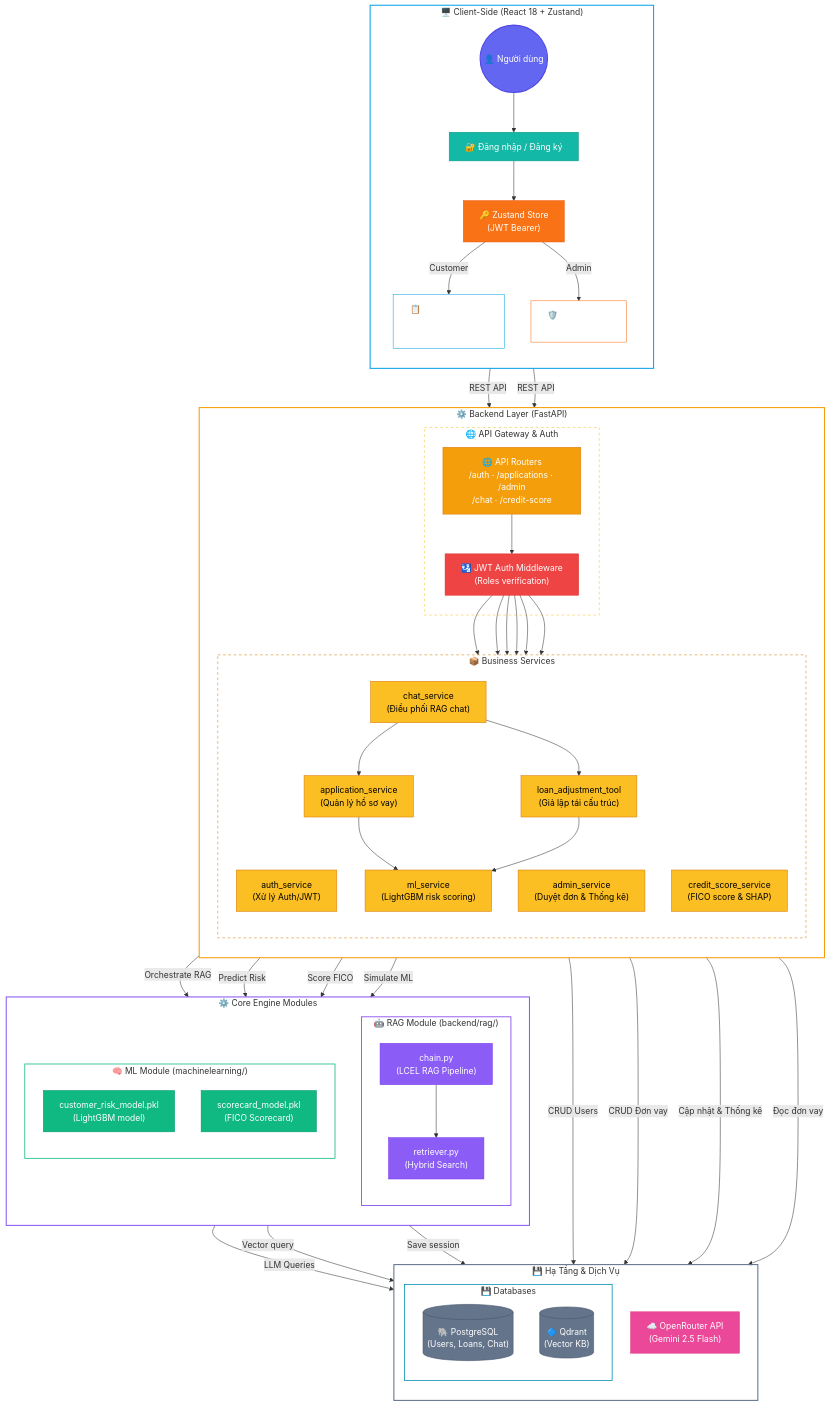
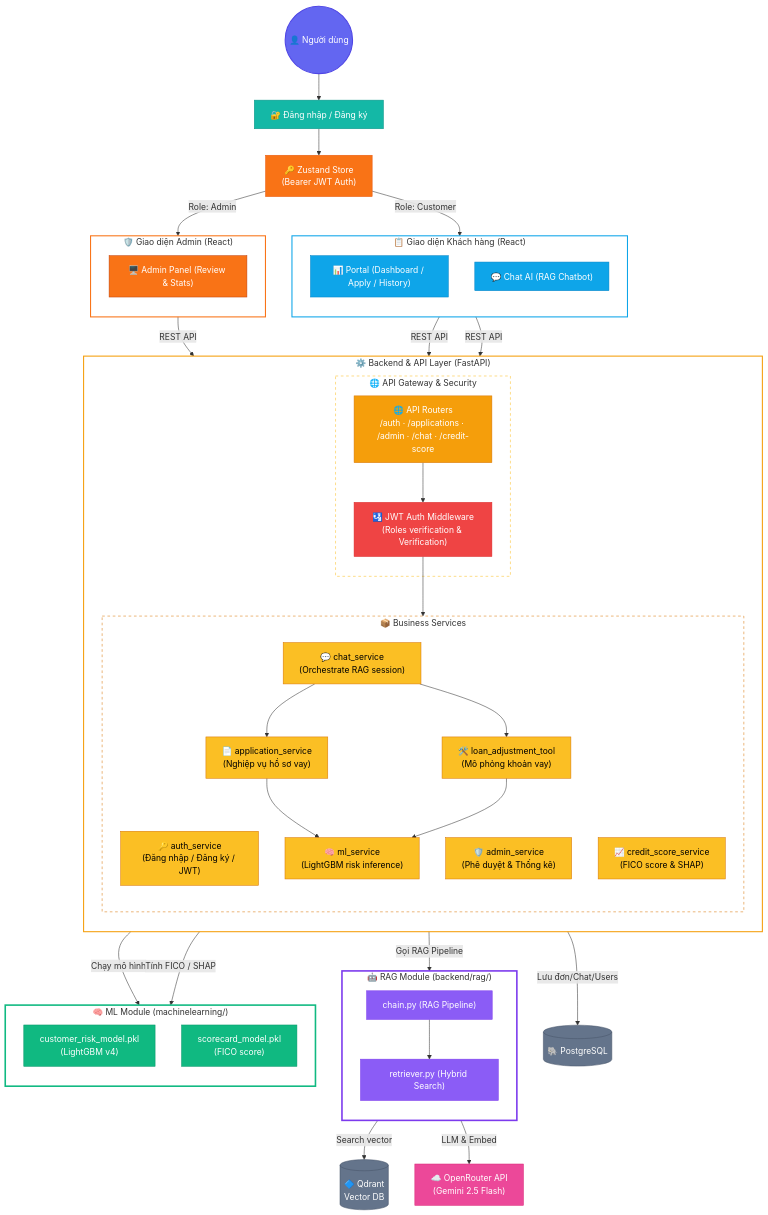
Before and after one commit to VTD0102/Loan_ETL: the first of 3 diagrams in README.md, drawn with Mermaid. The commit also changed other lines of this file and 3 other files, not shown here.

````diff
--- a/README.md
+++ b/README.md
@@ -10,92 +10,76 @@
 ```mermaid
-flowchart TB
-    %% ===== CỘT 1: CLIENT-SIDE (REACT APP) =====
-    subgraph CLIENT["🖥️ Client-Side (React 18 + Zustand)"]
+graph TB
+    User(("👤 Người dùng")) --> Login["🔐 Đăng nhập / Đăng ký"]
+    Login --> JWT["🔑 Zustand Store\n(Bearer JWT Auth)"]
+
+    %% Phân nhánh theo vai trò
+    JWT -->|Role: Customer| FE_C
+    JWT -->|Role: Admin| FE_A
+
+    subgraph FE_C["📋 Giao diện Khách hàng (React)"]
         direction TB
-        User(("👤 Người dùng")) --> Login["🔐 Đăng nhập / Đăng ký"]
-        Login --> JWT["🔑 Zustand Store\n(JWT Bearer)"]
-        
-        JWT -->|Customer| CustPortal["📋 Customer Portal\n· Dashboard / Apply\n· RAG Chat AI"]
-        JWT -->|Admin| AdminPanel["🛡️ Admin Panel\n· Review & Stats"]
+        C_MAIN["📊 Portal (Dashboard / Apply / History)"]
+        C_CHAT["💬 Chat AI (RAG Chatbot)"]
     end
 
-    %% ===== CỘT 2: API & BACKEND (FASTAPI) =====
-    subgraph BE["⚙️ Backend Layer (FastAPI)"]
+    subgraph FE_A["🛡️ Giao diện Admin (React)"]
         direction TB
-        subgraph API_GW["🌐 API Gateway & Auth"]
-            ROUTERS["🌐 API Routers\n/auth · /applications · /admin\n/chat · /credit-score"]
-            JWT_MW["🛂 JWT Auth Middleware\n(Roles verification)"]
+        A_PANEL["🖥️ Admin Panel (Review & Stats)"]
+    end
+
+    %% Kết nối Frontend -> API Gateway
+    C_MAIN -->|"REST API"| ROUTERS
+    C_CHAT -->|"REST API"| ROUTERS
+    A_PANEL -->|"REST API"| ROUTERS
+
+    subgraph BACKEND["⚙️ Backend & API Layer (FastAPI)"]
+        direction TB
+        subgraph API_GW["🌐 API Gateway & Security"]
+            ROUTERS["🌐 API Routers\n/auth · /applications · /admin · /chat · /credit-score"]
+            JWT_MW["🛂 JWT Auth Middleware\n(Roles verification & Verification)"]
             ROUTERS --> JWT_MW
         end
-        
-        subgraph SVCS["📦 Business Services"]
+
+        subgraph SERVICES["📦 Business Services"]
             direction TB
-            SVC_AUTH["auth_service\n(Xử lý Auth/JWT)"]
-            SVC_APP["application_service\n(Quản lý hồ sơ vay)"]
-            SVC_ADMIN["admin_service\n(Duyệt đơn & Thống kê)"]
-            SVC_ML["ml_service\n(LightGBM risk scoring)"]
-            SVC_CS["credit_score_service\n(FICO score & SHAP)"]
-            SVC_CHAT["chat_service\n(Điều phối RAG chat)"]
-            SVC_ADJ["loan_adjustment_tool\n(Giả lập tái cấu trúc)"]
+            SVC_AUTH["🔑 auth_service\n(Đăng nhập / Đăng ký / JWT)"]
+            SVC_APP["📄 application_service\n(Nghiệp vụ hồ sơ vay)"]
+            SVC_ADMIN["🛡️ admin_service\n(Phê duyệt & Thống kê)"]
+            SVC_ML["🧠 ml_service\n(LightGBM risk inference)"]
+            SVC_CS["📈 credit_score_service\n(FICO score & SHAP)"]
+            SVC_CHAT["💬 chat_service\n(Orchestrate RAG session)"]
+            SVC_ADJ["🛠️ loan_adjustment_tool\n(Mô phỏng khoản vay)"]
             
-            %% Service-to-service internal connections
             SVC_CHAT --> SVC_ADJ
             SVC_CHAT --> SVC_APP
             SVC_APP --> SVC_ML
             SVC_ADJ --> SVC_ML
         end
-        
-        JWT_MW --> SVC_AUTH
-        JWT_MW --> SVC_APP
-        JWT_MW --> SVC_ADMIN
-        JWT_MW --> SVC_ML
-        JWT_MW --> SVC_CS
-        JWT_MW --> SVC_CHAT
+        JWT_MW --> SERVICES
     end
 
-    CustPortal -->|"REST API"| ROUTERS
-    AdminPanel -->|"REST API"| ROUTERS
+    %% Kết nối Services -> Chuyên sâu RAG / ML
+    SVC_CHAT -->|"Gọi RAG Pipeline"| RAG_MOD
+    SVC_ML -->|"Chạy mô hình"| ML_MOD
+    SVC_CS -->|"Tính FICO / SHAP"| ML_MOD
 
-    %% ===== CỘT 3: ENGINE MODULES (RAG & ML) =====
-    subgraph ENGINES["⚙️ Core Engine Modules"]
+    subgraph RAG_MOD["🤖 RAG Module (backend/rag/)"]
         direction TB
-        subgraph RAG_MOD["🤖 RAG Module (backend/rag/)"]
-            direction TB
-            CHAIN["chain.py\n(LCEL RAG Pipeline)"]
-            RETRIEVER["retriever.py\n(Hybrid Search)"]
-            CHAIN --> RETRIEVER
-        end
-
-        subgraph ML_MOD["🧠 ML Module (machinelearning/)"]
-            direction TB
-            RISK_M["customer_risk_model.pkl\n(LightGBM model)"]
-            SCORE_M["scorecard_model.pkl\n(FICO Scorecard)"]
-        end
+        CHAIN["chain.py (RAG Pipeline)"]
+        RETRIEVER["retriever.py (Hybrid Search)"]
+        CHAIN --> RETRIEVER
     end
 
-    SVC_CHAT -->|"Orchestrate RAG"| CHAIN
-    SVC_ML -->|"Predict Risk"| RISK_M
-    SVC_CS -->|"Score FICO"| SCORE_M
-    SVC_ADJ -->|"Simulate ML"| RISK_M
-
-    %% ===== CỘT 4: DATA & EXTERNAL INFRA =====
-    subgraph INFRA["💾 Hạ Tầng & Dịch Vụ"]
+    subgraph ML_MOD["🧠 ML Module (machinelearning/)"]
         direction TB
-        subgraph STORAGE["💾 Databases"]
-            PG[("🐘 PostgreSQL\n(Users, Loans, Chat)")]
-            QD[("🔷 Qdrant\n(Vector KB)")]
-        end
-        OR["☁️ OpenRouter API\n(Gemini 2.5 Flash)"]
+        RISK_M["customer_risk_model.pkl\n(LightGBM v4)"]
+        SCORE_M["scorecard_model.pkl\n(FICO score)"]
     end
 
-    %% Kết nối từ Engines và Services đến Infra
-    CHAIN -->|"LLM Queries"| OR
-    RETRIEVER -->|"Vector query"| QD
-    SVC_AUTH -->|"CRUD Users"| PG
-    SVC_APP -->|"CRUD Đơn vay"| PG
-    SVC_ADMIN -->|"Cập nhật & Thống kê"| PG
-    SVC_CS -->|"Đọc đơn vay"| PG
-    CHAIN -->|"Save session"| PG
+    %% Kết nối xuống Cơ sở dữ liệu và API ngoài
+    RAG_MOD -->|"Search vector"| QD[("🔷 Qdrant\nVector DB")]
+    RAG_MOD -->|"LLM & Embed"| OR["☁️ OpenRouter API\n(Gemini 2.5 Flash)"]
+    SERVICES -->|"Lưu đơn/Chat/Users"| PG[("🐘 PostgreSQL")]
 
     %% ===== STYLING =====
     classDef user fill:#6366f1,stroke:#4f46e5,color:#fff,stroke-width:2px
@@ -114,8 +98,8 @@
     class User user
     class Login auth
     class JWT jwt
-    class CustPortal cust
-    class AdminPanel adm
+    class C_MAIN,C_CHAT cust
+    class A_PANEL adm
     class ROUTERS be
     class JWT_MW jwt_mw
     class SVC_AUTH,SVC_APP,SVC_ADMIN,SVC_ML,SVC_CS,SVC_CHAT,SVC_ADJ svc
@@ -124,15 +108,11 @@
     class PG,QD db
     class OR ext
 
-    style CLIENT fill:transparent,stroke:#0ea5e9,stroke-width:2px
-    style CustPortal fill:transparent,stroke:#0ea5e9,stroke-width:1px
-    style AdminPanel fill:transparent,stroke:#f97316,stroke-width:1px
-    style BE fill:transparent,stroke:#f59e0b,stroke-width:2px
+    style FE_C fill:transparent,stroke:#0ea5e9,stroke-width:2px
+    style FE_A fill:transparent,stroke:#f97316,stroke-width:2px
+    style BACKEND fill:transparent,stroke:#f59e0b,stroke-width:2px
     style API_GW fill:transparent,stroke:#fbbf24,stroke-width:1px,stroke-dasharray:5 5
-    style SVCS fill:transparent,stroke:#d97706,stroke-width:1px,stroke-dasharray:5 5
-    style ENGINES fill:transparent,stroke:#8b5cf6,stroke-width:2px
-    style RAG_MOD fill:transparent,stroke:#7c3aed,stroke-width:1.5px
-    style ML_MOD fill:transparent,stroke:#10b981,stroke-width:1.5px
-    style INFRA fill:transparent,stroke:#64748b,stroke-width:2px
-    style STORAGE fill:transparent,stroke:#0891b2,stroke-width:1.5px
+    style SERVICES fill:transparent,stroke:#d97706,stroke-width:1px,stroke-dasharray:5 5
+    style RAG_MOD fill:transparent,stroke:#7c3aed,stroke-width:3px
+    style ML_MOD fill:transparent,stroke:#10b981,stroke-width:3px
 ```
````
